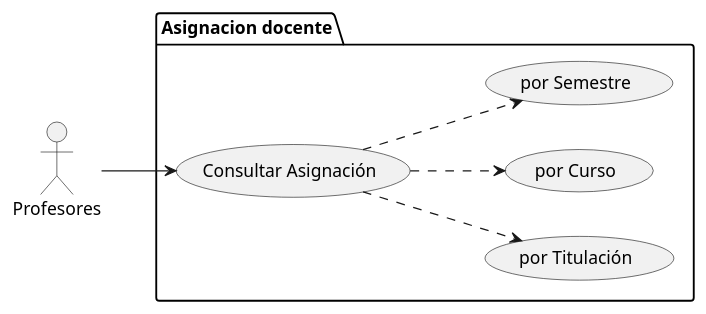
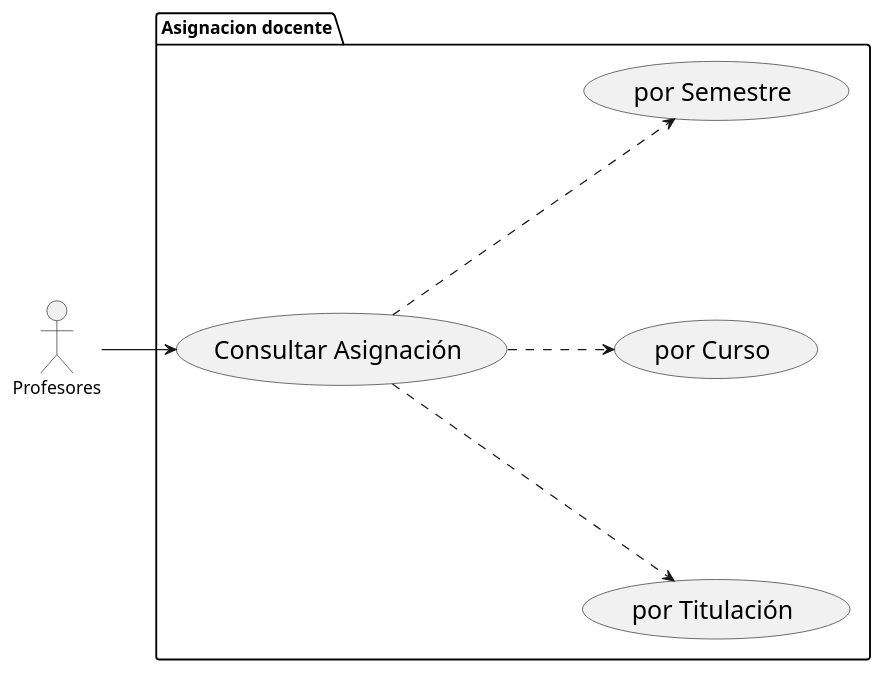
One commit to mmasias/24-25-IdSw1-SDR changed the diagram in modelosUML/CdU/Individuales/ConsultarVarios.puml. Above: the diagram before and after it, drawn with PlantUML. The commit also changed 31 other files, not shown here.

Commit message:
ajustes de proporcion en diagramas

```diff
--- a/modelosUML/CdU/Individuales/ConsultarVarios.puml
+++ b/modelosUML/CdU/Individuales/ConsultarVarios.puml
@@ -1,18 +1,24 @@
 @startuml
 left to right direction
+
+skinparam usecase {
+    FontSize 20
+}
+
+skinparam nodesep 160
 
 actor "Profesores" as prof
 
 package "Asignacion docente" as porVarPackage {
     usecase "Consultar Asignación" as consAsig
     usecase "por Titulación" as porTit
     usecase "por Curso" as porCurso
     usecase "por Semestre" as porSem
 }
 
 consAsig ..> porTit
 consAsig ..> porCurso
 consAsig ..> porSem
 
 prof --> consAsig
 @enduml
```
